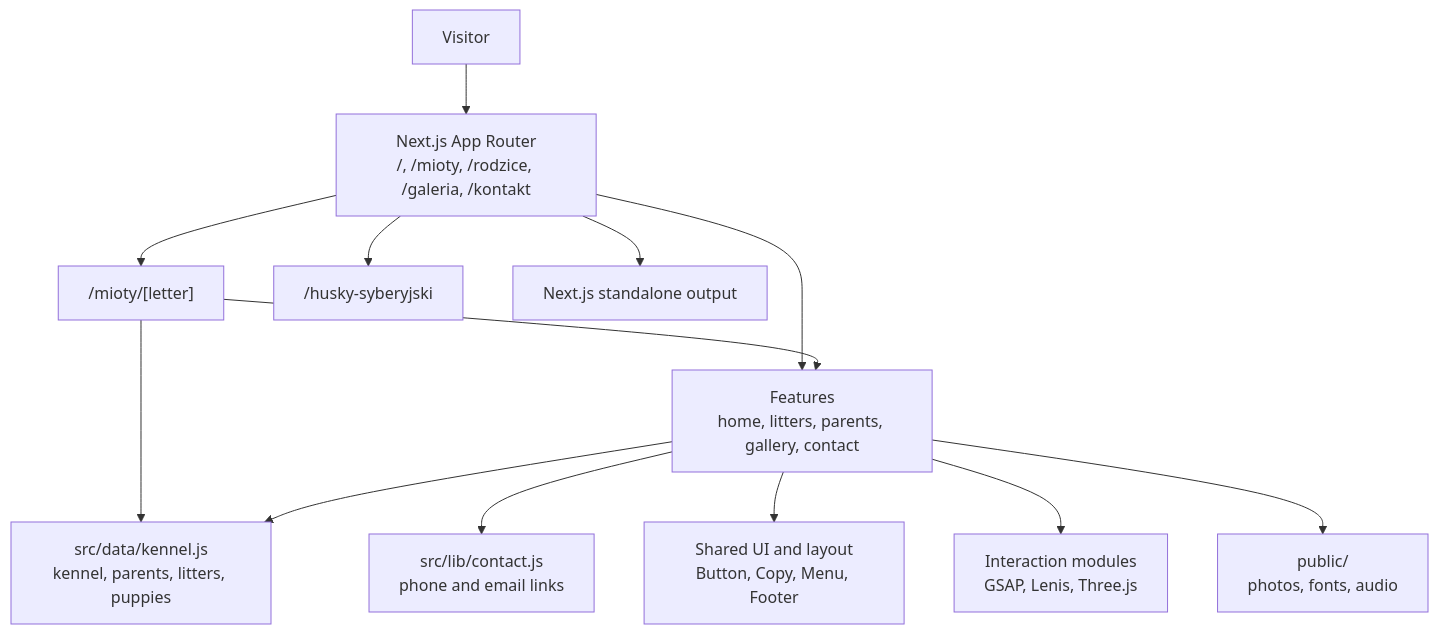
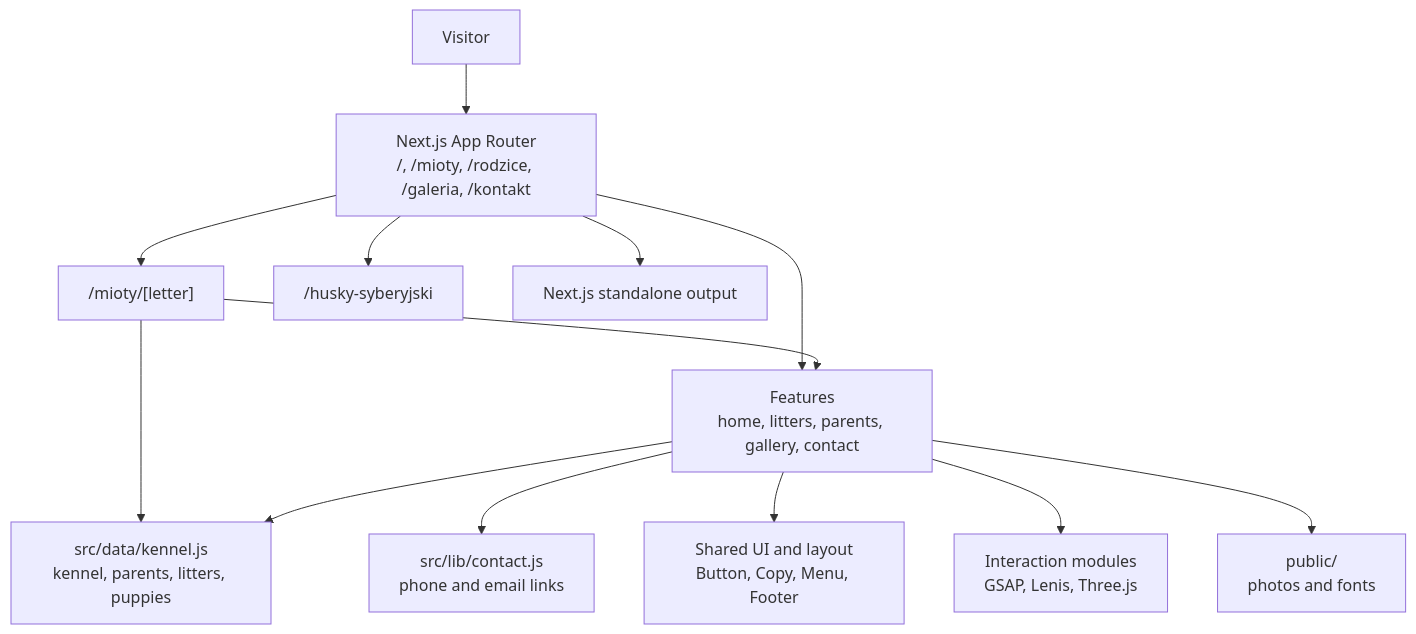
The diagram in docs/architecture.md (221Studios/Syberis), drawn with Mermaid before and after one commit. The commit also changed other lines of this file and 112 other files, not shown here.

````diff
--- a/docs/architecture.md
+++ b/docs/architecture.md
@@ -5,27 +5,27 @@
 ```mermaid
 flowchart TD
   Visitor[Visitor]
   Routes[Next.js App Router<br/>/, /mioty, /rodzice, /galeria, /kontakt]
   LitterRoute["/mioty/[letter]"]
   BreedGuide["/husky-syberyjski"]
   Data[src/data/kennel.js<br/>kennel, parents, litters, puppies]
   Contact[src/lib/contact.js<br/>phone and email links]
   Features[Features<br/>home, litters, parents, gallery, contact]
   Shared[Shared UI and layout<br/>Button, Copy, Menu, Footer]
   Motion[Interaction modules<br/>GSAP, Lenis, Three.js]
-  Assets[public/<br/>photos, fonts, audio]
+  Assets[public/<br/>photos and fonts]
   Output[Next.js standalone output]
 
   Visitor --> Routes
   Routes --> Features
   Routes --> LitterRoute
   Routes --> BreedGuide
   LitterRoute --> Data
   LitterRoute --> Features
   Features --> Data
   Features --> Contact
   Features --> Shared
   Features --> Motion
   Features --> Assets
   Routes --> Output
 ```
````
